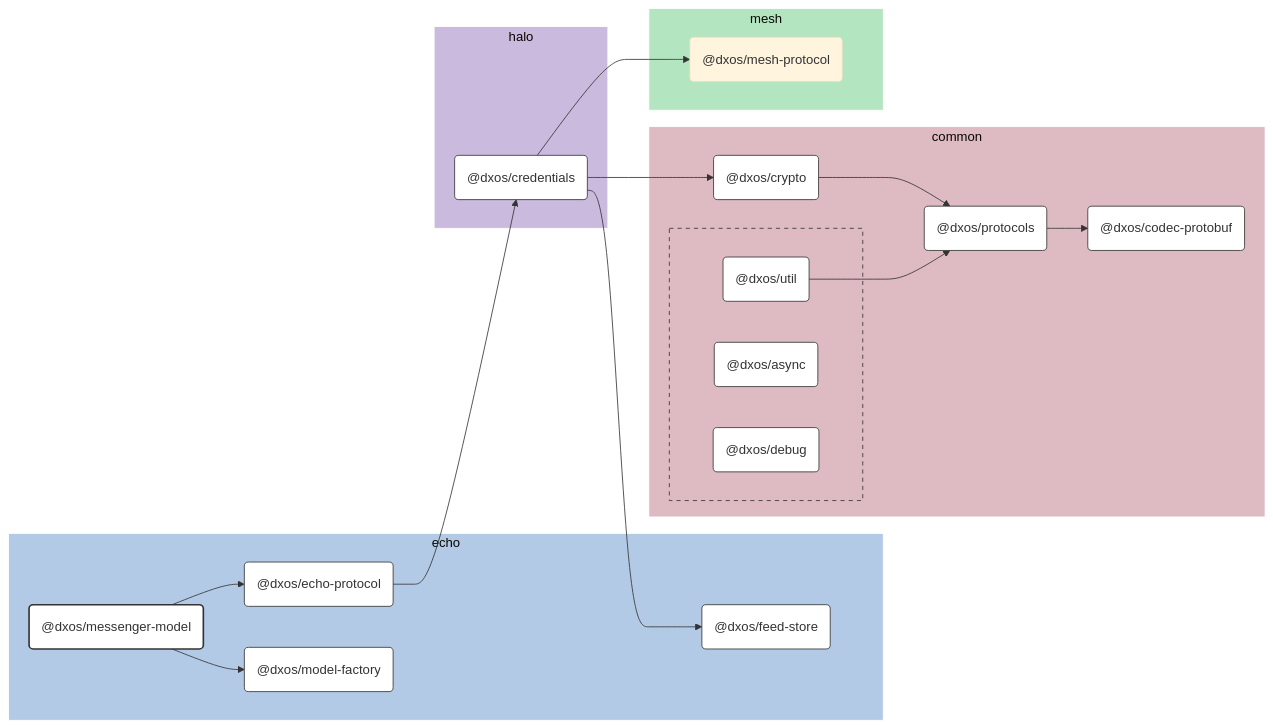
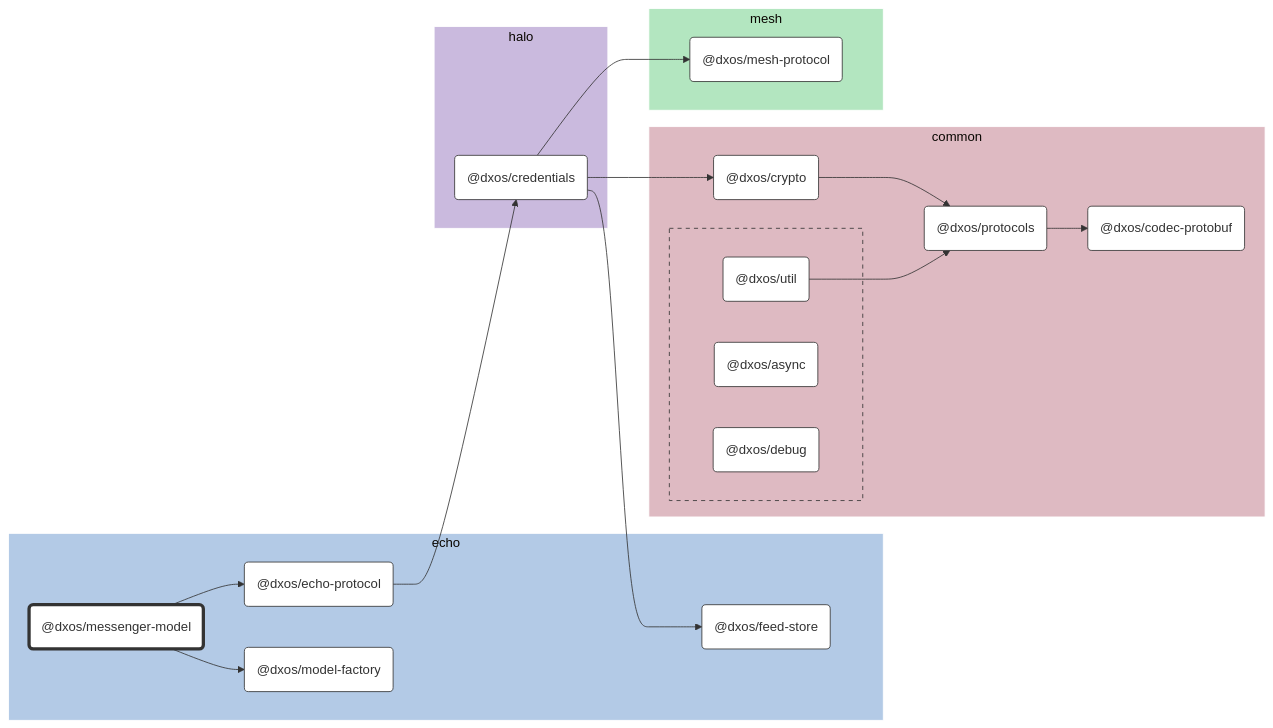
The diagram in packages/echo/messenger-model/docs/README.md (dxos/dxos), drawn with Mermaid (base theme) before and after one commit. The commit also changed other lines of this file and 86 other files, not shown here.

```diff
--- a/packages/echo/messenger-model/docs/README.md
+++ b/packages/echo/messenger-model/docs/README.md
@@ -67,12 +67,13 @@
 click dxos/debug "dxos/dxos/tree/main/packages/common/debug/docs";
 click dxos/echo-protocol "dxos/dxos/tree/main/packages/echo/echo-protocol/docs";
 click dxos/feed-store "dxos/dxos/tree/main/packages/echo/feed-store/docs";
+click dxos/mesh-protocol "dxos/dxos/tree/main/packages/mesh/mesh-protocol/docs";
 click dxos/model-factory "dxos/dxos/tree/main/packages/echo/model-factory/docs";
 click dxos/protocols "dxos/dxos/tree/main/packages/common/protocols/docs";
 click dxos/util "dxos/dxos/tree/main/packages/common/util/docs";
 
 %% Styles
-classDef rootNode fill:#fff,stroke:#333,stroke-width:2px
+classDef rootNode fill:#fff,stroke:#333,stroke-width:4px
 classDef defaultNode fill:#fff,stroke:#333,stroke-width:1px
 linkStyle default stroke:#333,stroke-width:1px
 
@@ -85,6 +86,7 @@
 dxos/debug:::defaultNode
 dxos/echo-protocol:::defaultNode
 dxos/feed-store:::defaultNode
+dxos/mesh-protocol:::defaultNode
 dxos/model-factory:::defaultNode
 dxos/protocols:::defaultNode
 dxos/util:::defaultNode
```
